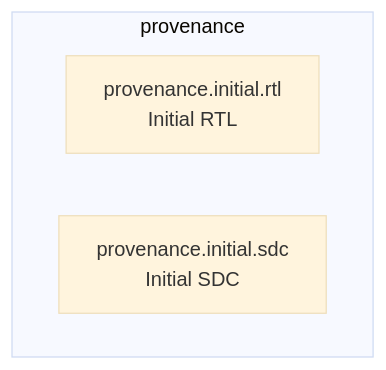
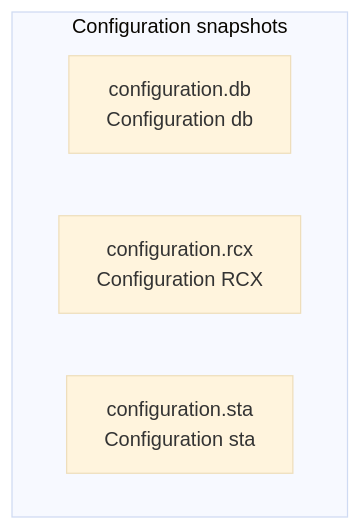
The eighth of 45 diagrams in .github/signoff-board/signoff-kanban.md (openecos-projects/ecc), drawn with Mermaid (base theme) before and after one commit. The commit also changed other lines of this file and 4 other files, not shown here.

````diff
--- a/.github/signoff-board/signoff-kanban.md
+++ b/.github/signoff-board/signoff-kanban.md
@@ -116,7 +297,8 @@
 ```mermaid
 flowchart TB
-  subgraph cat_provenance["provenance"]
-    provenance_initial_rtl["provenance.initial.rtl<br/>Initial RTL"]
-    provenance_initial_sdc["provenance.initial.sdc<br/>Initial SDC"]
+  subgraph cat_configuration["Configuration snapshots"]
+    configuration_db["configuration.db<br/>Configuration db"]
+    configuration_rcx["configuration.rcx<br/>Configuration RCX"]
+    configuration_sta["configuration.sta<br/>Configuration sta"]
   end
 ```
````
